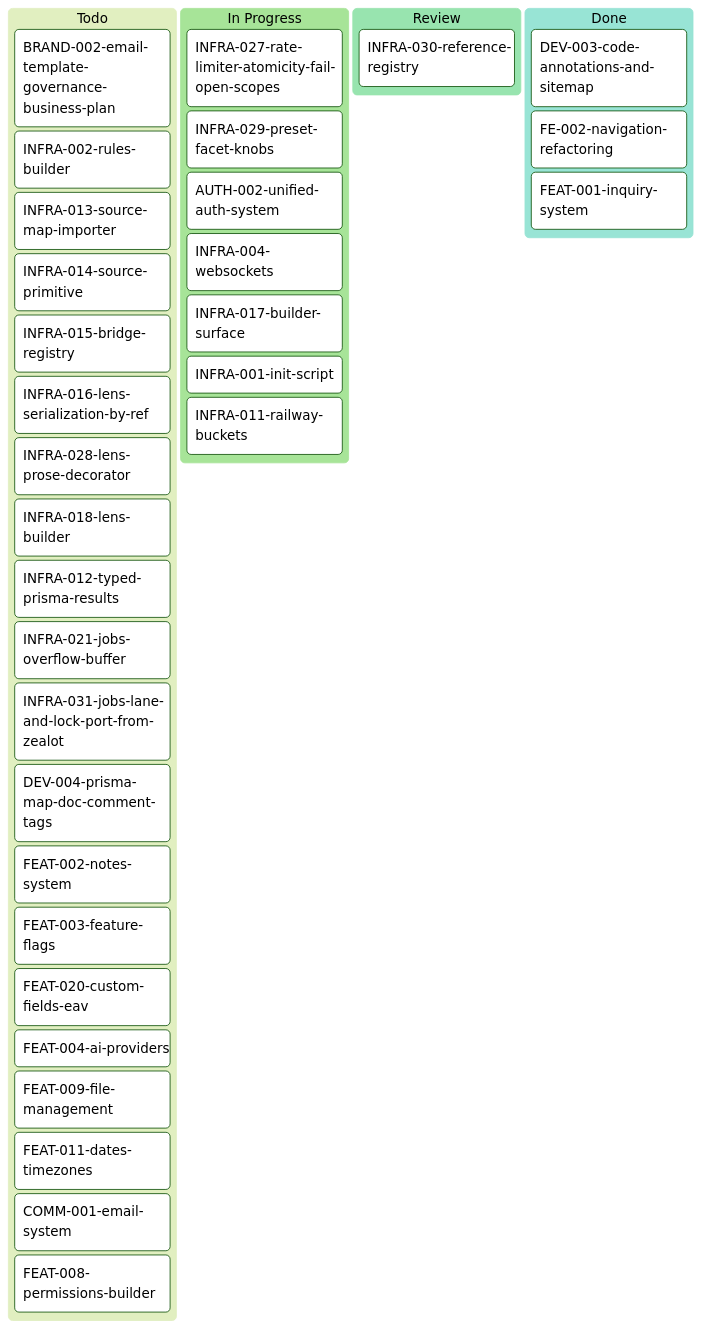
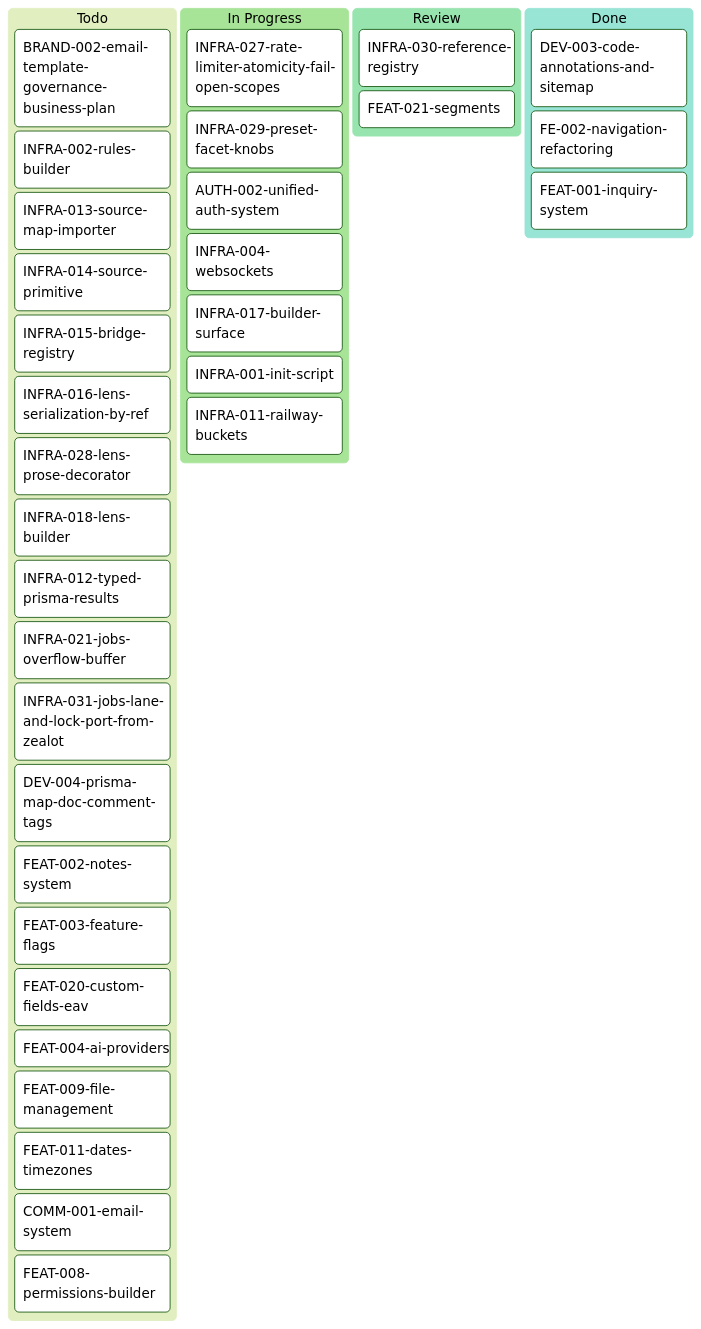
The diagram in tickets/kanban-aron.md (inixiative/template), drawn with Mermaid (forest theme) before and after one commit. The commit also changed other lines of this file and 263 other files, not shown here.

````diff
--- a/tickets/kanban-aron.md
+++ b/tickets/kanban-aron.md
@@ -3,43 +3,44 @@
 ```mermaid
 ---
 config:
   kanban:
     ticketBaseUrl: 'https://github.com/yourorg/template/blob/main/tickets/#TICKET#'
 ---
 kanban
   Todo
     BRAND-002-email-template-governance-business-plan
     INFRA-002-rules-builder
     INFRA-013-source-map-importer
     INFRA-014-source-primitive
     INFRA-015-bridge-registry
     INFRA-016-lens-serialization-by-ref
     INFRA-028-lens-prose-decorator
     INFRA-018-lens-builder
     INFRA-012-typed-prisma-results
     INFRA-021-jobs-overflow-buffer
     INFRA-031-jobs-lane-and-lock-port-from-zealot
     DEV-004-prisma-map-doc-comment-tags
     FEAT-002-notes-system
     FEAT-003-feature-flags
     FEAT-020-custom-fields-eav
     FEAT-004-ai-providers
     FEAT-009-file-management
     FEAT-011-dates-timezones
     COMM-001-email-system
     FEAT-008-permissions-builder
   In Progress
     INFRA-027-rate-limiter-atomicity-fail-open-scopes
     INFRA-029-preset-facet-knobs
     AUTH-002-unified-auth-system
     INFRA-004-websockets
     INFRA-017-builder-surface
     INFRA-001-init-script
     INFRA-011-railway-buckets
   Review
     INFRA-030-reference-registry
+    FEAT-021-segments
   Done
     DEV-003-code-annotations-and-sitemap
     FE-002-navigation-refactoring
     FEAT-001-inquiry-system
 ```
````
